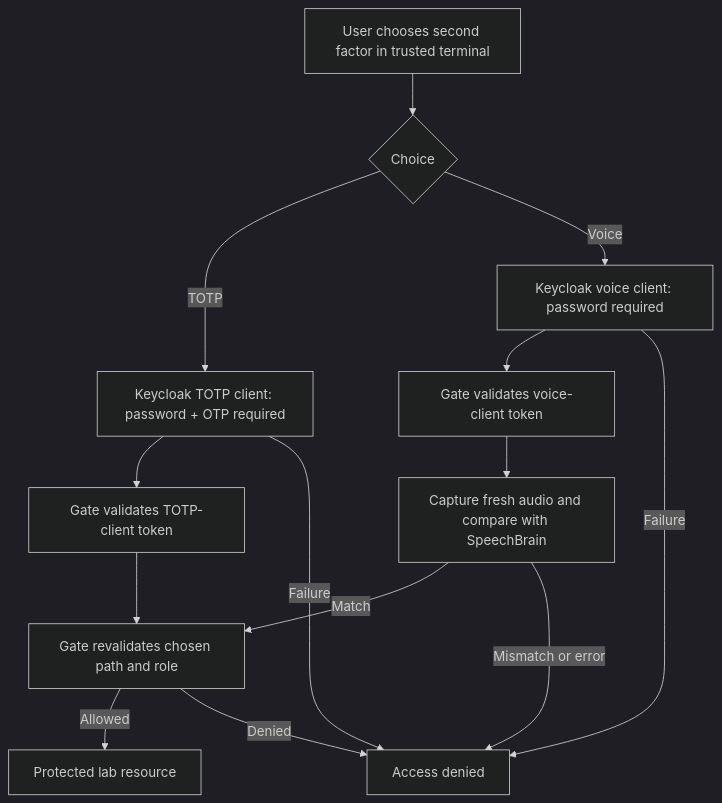
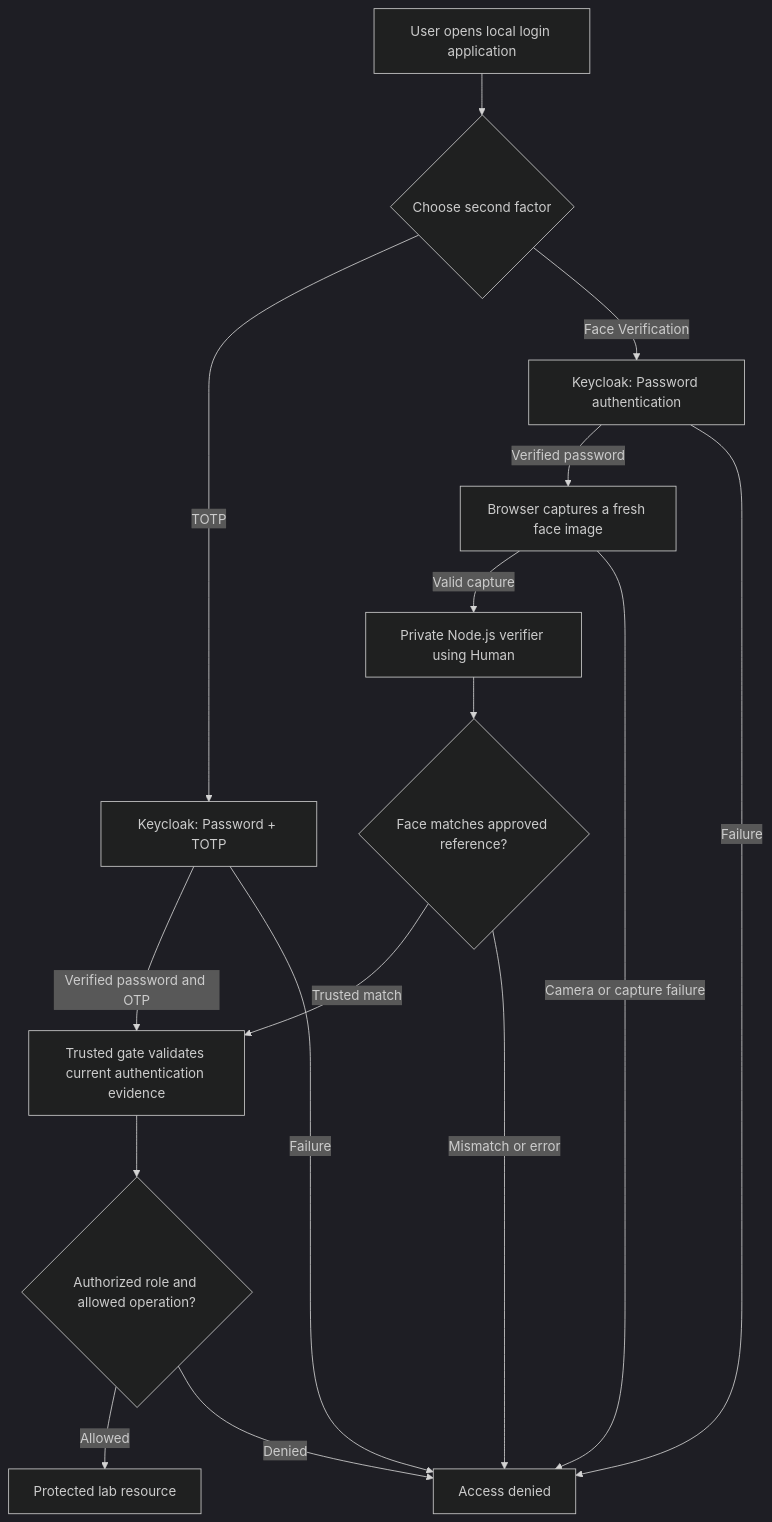
One commit to yr5hg/MFA-Security-System changed the diagram in README.md. Above: the diagram before and after it, drawn with Mermaid (dark theme). The commit also changed other lines of this file, not shown here.

````diff
--- a/README.md
+++ b/README.md
@@ -75,16 +82,42 @@
 ```mermaid
 flowchart TD
-    U[User chooses second factor in trusted terminal] --> C{Choice}
-    C -->|TOTP| K1[Keycloak TOTP client: password + OTP required]
-    C -->|Voice| K2[Keycloak voice client: password required]
-    K1 --> A[Gate validates TOTP-client token]
-    K2 --> B[Gate validates voice-client token]
-    B --> R[Capture fresh audio and compare with SpeechBrain]
-    R -->|Match| Z[Gate revalidates chosen path and role]
-    R -->|Mismatch or error| D[Access denied]
-    A --> Z
-    Z -->|Allowed| G[Protected lab resource]
-    Z -->|Denied| D
-    K1 -->|Failure| D
-    K2 -->|Failure| D
+    U["User opens local login application"]
+    C{"Choose second factor"}
+
+    T1["Keycloak: Password + TOTP"]
+    T2["Keycloak: Password authentication"]
+
+    F1["Browser captures a fresh face image"]
+    F2["Private Node.js verifier using Human"]
+    F3{"Face matches approved reference?"}
+
+    V["Trusted gate validates current authentication evidence"]
+    R{"Authorized role and allowed operation?"}
+
+    G["Protected lab resource"]
+    D["Access denied"]
+
+    U --> C
+
+    C -->|TOTP| T1
+    C -->|Face Verification| T2
+
+    T1 -->|Verified password and OTP| V
+    T1 -->|Failure| D
+
+    T2 -->|Verified password| F1
+    T2 -->|Failure| D
+
+    F1 -->|Valid capture| F2
+    F1 -->|Camera or capture failure| D
+
+    F2 --> F3
+
+    F3 -->|Trusted match| V
+    F3 -->|Mismatch or error| D
+
+    V --> R
+
+    R -->|Allowed| G
+    R -->|Denied| D
 ```
````
